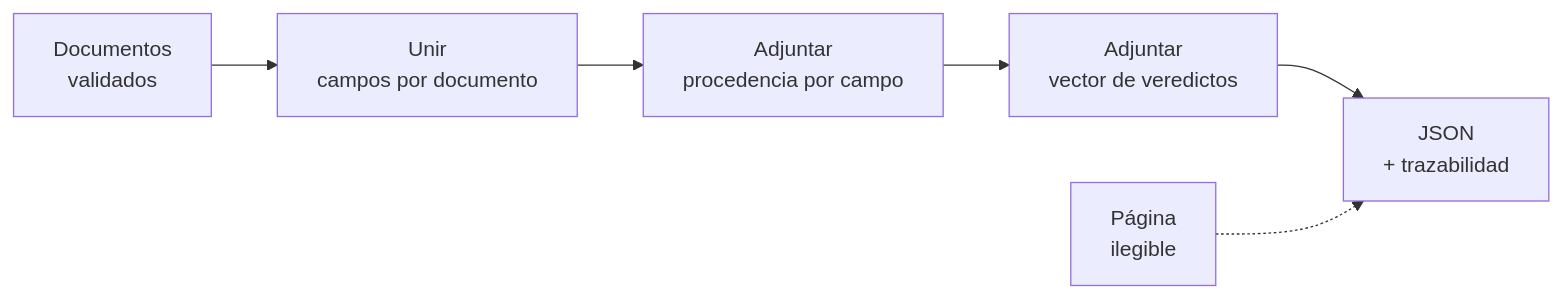
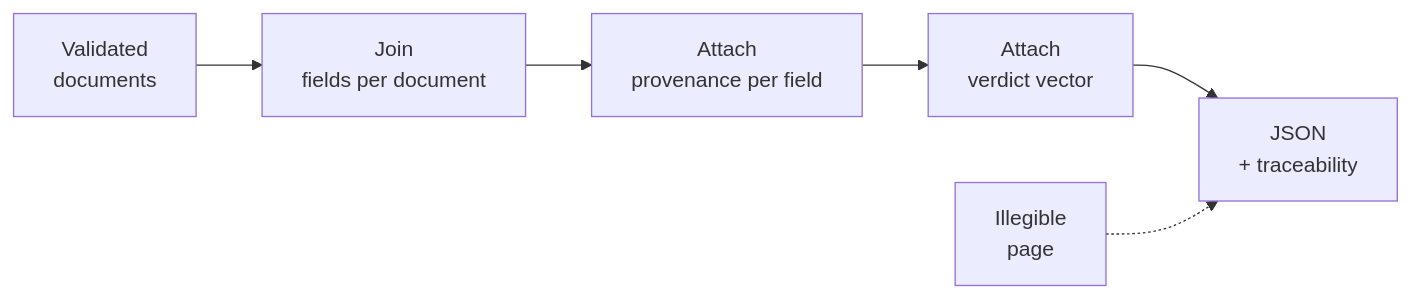
Before and after one commit to mariogarcia-ar/docflow: diagram 11 of 15 in README.md, drawn with Mermaid. The commit also changed other lines of this file, not shown here.

````diff
--- a/README.md
+++ b/README.md
@@ -397,8 +397,8 @@
 ```mermaid
 graph LR
-    A["Documentos<br/>validados"] --> B["Unir<br/>campos por documento"]
-    B --> C["Adjuntar<br/>procedencia por campo"]
-    C --> D["Adjuntar<br/>vector de veredictos"]
-    D --> E["JSON<br/>+ trazabilidad"]
-    F["Página<br/>ilegible"] -.-> E
+    A["Validated<br/>documents"] --> B["Join<br/>fields per document"]
+    B --> C["Attach<br/>provenance per field"]
+    C --> D["Attach<br/>verdict vector"]
+    D --> E["JSON<br/>+ traceability"]
+    F["Illegible<br/>page"] -.-> E
 ```
````
